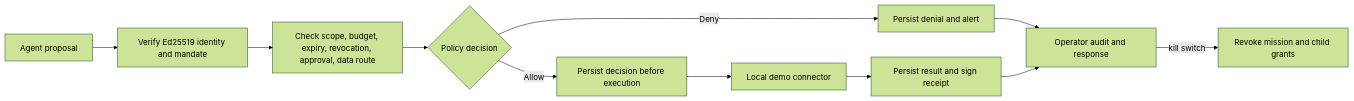
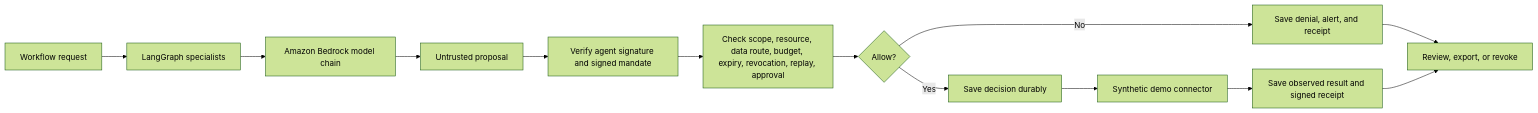
The first of 2 diagrams in PROJECT_GUIDE.md (Agent-safe/agentsafe), drawn with Mermaid (forest theme) before and after one commit. The commit also changed other lines of this file and 20 other files, not shown here.

Commit message:
Deploy AgentSafe AWS LangGraph controller path

````diff
--- a/PROJECT_GUIDE.md
+++ b/PROJECT_GUIDE.md
@@ -17,13 +11,15 @@
 ```mermaid
 flowchart LR
-  A[Agent proposal] --> B[Verify Ed25519 identity and mandate]
-  B --> C[Check scope, budget, expiry, revocation, approval, data route]
-  C --> D{Policy decision}
-  D -- Deny --> E[Persist denial and alert]
-  D -- Allow --> F[Persist decision before execution]
-  F --> G[Local demo connector]
-  G --> H[Persist result and sign receipt]
-  E --> I[Operator audit and response]
-  H --> I
-  I -->|kill switch| J[Revoke mission and child grants]
+  User[Workflow request] --> Agents[LangGraph specialists]
+  Agents --> Bedrock[Amazon Bedrock model chain]
+  Bedrock --> Proposal[Untrusted proposal]
+  Proposal --> Verify[Verify agent signature and signed mandate]
+  Verify --> Rules[Check scope, resource, data route, budget, expiry, revocation, replay, approval]
+  Rules --> Decision{Allow?}
+  Decision -->|No| Journal[Save denial, alert, and receipt]
+  Decision -->|Yes| Persist[Save decision durably]
+  Persist --> Connector[Synthetic demo connector]
+  Connector --> Result[Save observed result and signed receipt]
+  Journal --> Operator[Review, export, or revoke]
+  Result --> Operator
 ```
````
